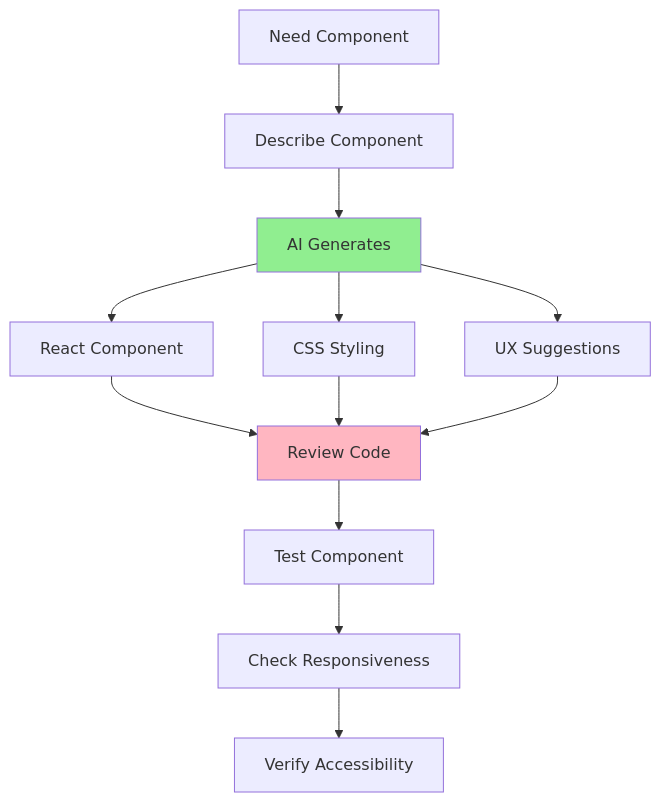
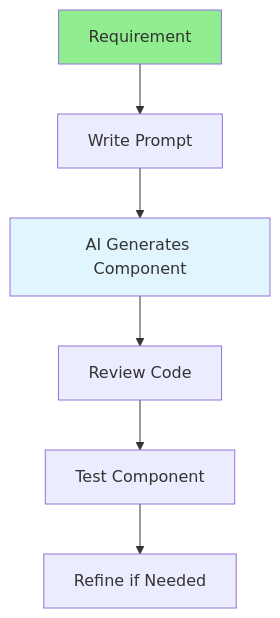
One commit to iouthnamain/tech-note changed the diagram in Full-Stack-Guides/Group-05-AI-Assisted-Coding/05.07_AI_Frontend_Development.md. Above: the diagram before and after it, drawn with Mermaid. The commit also changed other lines of this file and 480 other files, not shown here.

````diff
--- a/Full-Stack-Guides/Group-05-AI-Assisted-Coding/05.07_AI_Frontend_Development.md
+++ b/Full-Stack-Guides/Group-05-AI-Assisted-Coding/05.07_AI_Frontend_Development.md
@@ -22,19 +22,11 @@
 ```mermaid
 flowchart TD
-    Need[Need Component] --> Describe[Describe Component]
-    Describe --> Generate[AI Generates]
-    Generate --> React[React Component]
-    Generate --> CSS[CSS Styling]
-    Generate --> UX[UX Suggestions]
+    Requirement[Requirement] --> Prompt[Write Prompt]
+    Prompt --> Generate[AI Generates Component]
+    Generate --> Review[Review Code]
+    Review --> Test[Test Component]
+    Test --> Refine[Refine if Needed]
     
-    React --> Review[Review Code]
-    CSS --> Review
-    UX --> Review
-    
-    Review --> Test[Test Component]
-    Test --> Responsive[Check Responsiveness]
-    Responsive --> Accessible[Verify Accessibility]
-    
-    style Generate fill:#90EE90
-    style Review fill:#FFB6C1
+    style Requirement fill:#90EE90
+    style Generate fill:#e1f5ff
 ```
````
